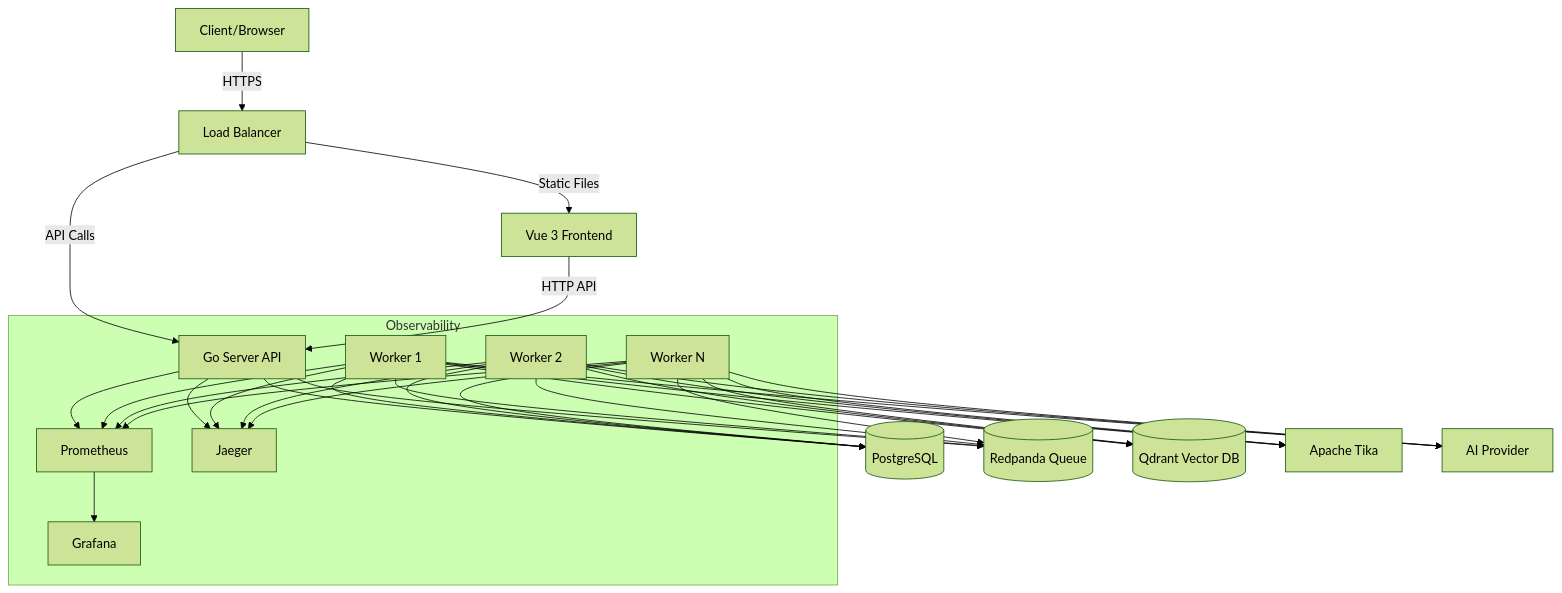
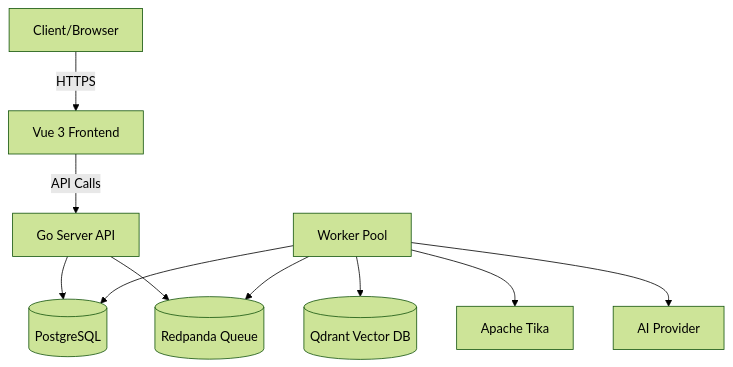
The first of 3 diagrams in docs/architecture/ARCHITECTURE.md (fairyhunter13/ai-cv-evaluator), drawn with Mermaid (forest theme) before and after one commit. The commit also changed other lines of this file and 140 other files, not shown here.

````diff
--- a/docs/architecture/ARCHITECTURE.md
+++ b/docs/architecture/ARCHITECTURE.md
@@ -7,52 +7,22 @@
 ```mermaid
 graph TB
     Client[Client/Browser]
     Frontend[Vue 3 Frontend]
-    LB[Load Balancer]
     Server[Go Server API]
-    Worker1[Worker 1]
-    Worker2[Worker 2]
-    WorkerN[Worker N]
+    Worker[Worker Pool]
     DB[(PostgreSQL)]
-    Redpanda[(Redpanda Queue)]
-    Qdrant[(Qdrant Vector DB)]
+    Queue[(Redpanda Queue)]
+    Vector[(Qdrant Vector DB)]
     Tika[Apache Tika]
     AI[AI Provider]
     
-    Client -->|HTTPS| LB
-    LB -->|Static Files| Frontend
-    LB -->|API Calls| Server
-    Frontend -->|HTTP API| Server
+    Client -->|HTTPS| Frontend
+    Frontend -->|API Calls| Server
     Server --> DB
-    Server --> Redpanda
-    Worker1 --> Redpanda
-    Worker2 --> Redpanda
-    WorkerN --> Redpanda
-    Worker1 --> DB
-    Worker2 --> DB
-    WorkerN --> DB
-    Worker1 --> Qdrant
-    Worker2 --> Qdrant
-    WorkerN --> Qdrant
-    Worker1 --> Tika
-    Worker2 --> Tika
-    WorkerN --> Tika
-    Worker1 --> AI
-    Worker2 --> AI
-    WorkerN --> AI
-    
-    subgraph Observability
-        Prometheus[Prometheus]
-        Grafana[Grafana]
-        Jaeger[Jaeger]
-        Server --> Prometheus
-        Worker1 --> Prometheus
-        Worker2 --> Prometheus
-        WorkerN --> Prometheus
-        Server --> Jaeger
-        Worker1 --> Jaeger
-        Worker2 --> Jaeger
-        WorkerN --> Jaeger
-        Prometheus --> Grafana
-    end
+    Server --> Queue
+    Worker --> Queue
+    Worker --> DB
+    Worker --> Vector
+    Worker --> Tika
+    Worker --> AI
 ```
````
